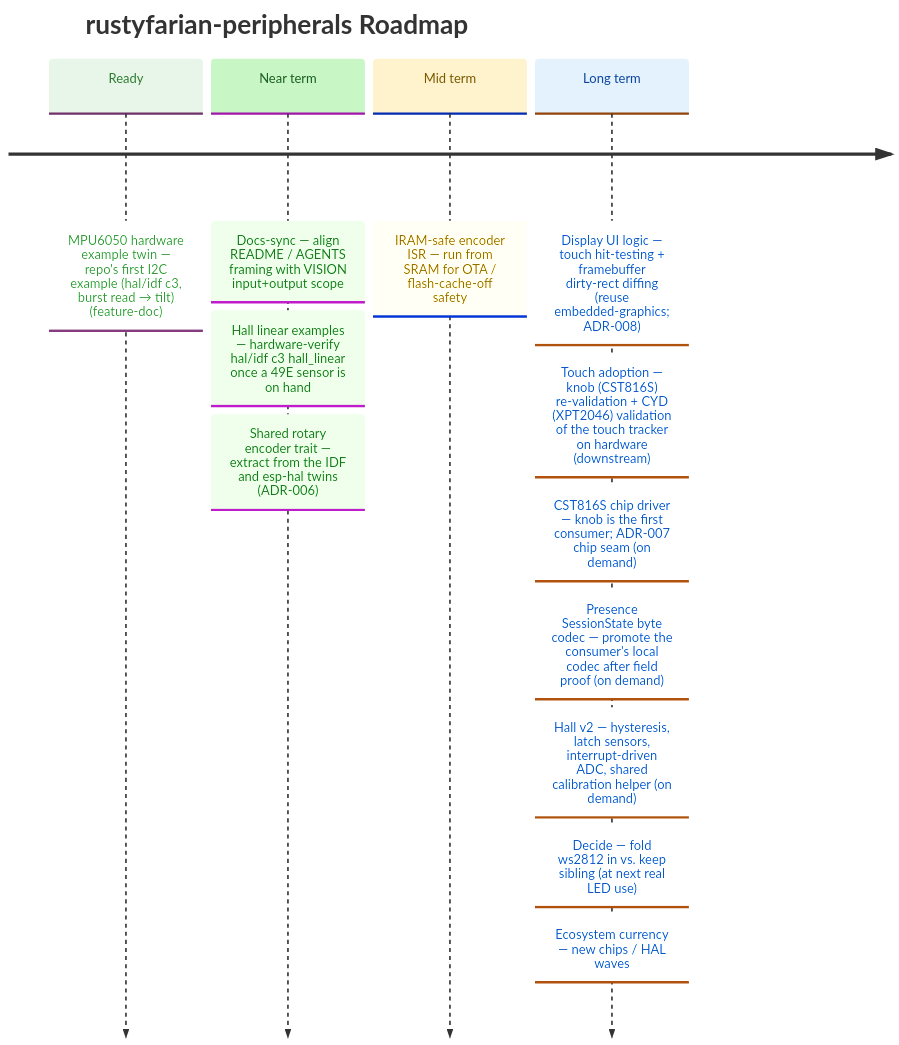
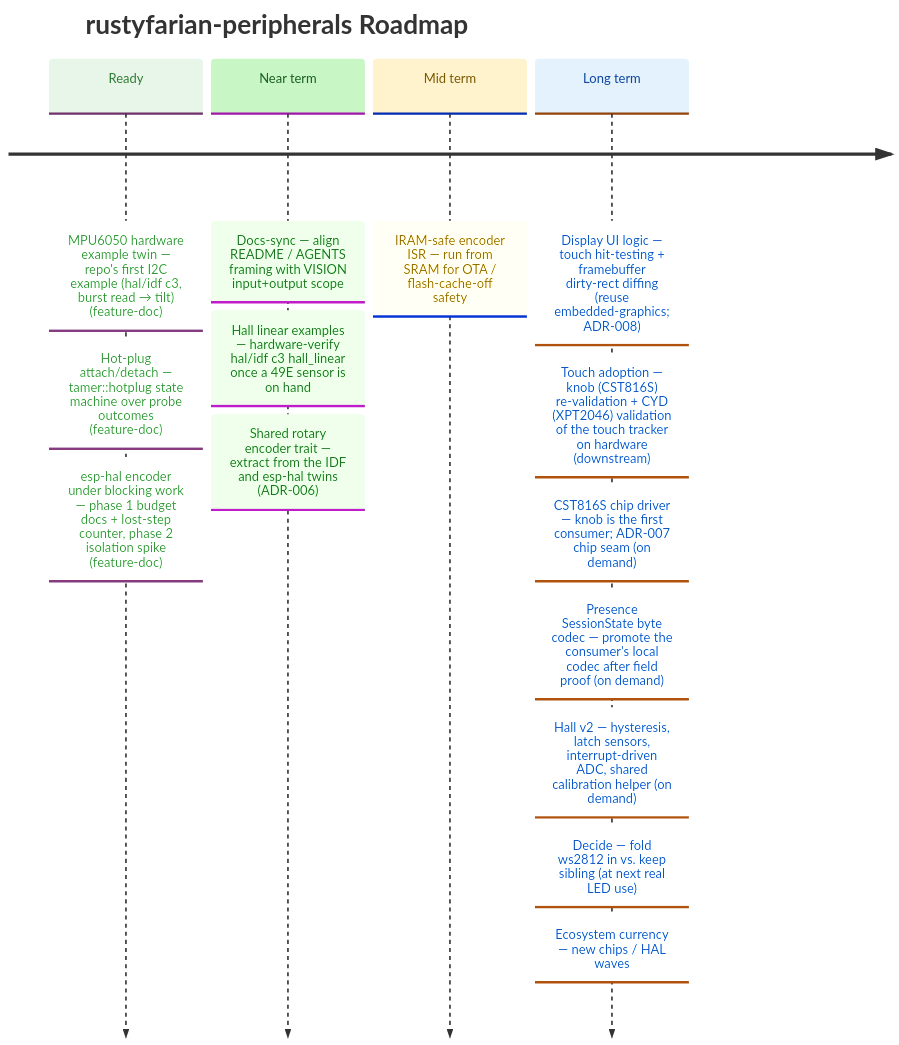
Before and after one commit to datenkollektiv/rustyfarian-peripherals: the diagram in docs/ROADMAP.md, drawn with Mermaid. The commit also changed other lines of this file and 3 other files, not shown here.

Commit message:
Add feature docs for tamer::hotplug and encoder-under-blocking-work

````diff
--- a/docs/ROADMAP.md
+++ b/docs/ROADMAP.md
@@ -10,34 +10,36 @@
 ```mermaid
 %%{init: {
   "theme": "base",
   "themeVariables": {
     "cScale0": "#e8f5e9",
     "cScaleLabel0": "#2e7d32",
     "cScale1": "#c8f7c5",
     "cScaleLabel1": "#1b5e20",
     "cScale2": "#fff3cd",
     "cScaleLabel2": "#7a5a00",
     "cScale3": "#e3f2fd",
     "cScaleLabel3": "#0d47a1"
   }
 }}%%
 
 timeline
     title rustyfarian-peripherals Roadmap
 
     Ready     : MPU6050 hardware example twin — repo's first I2C example (hal/idf c3, burst read → tilt) (feature-doc)
+              : Hot-plug attach/detach — tamer::hotplug state machine over probe outcomes (feature-doc)
+              : esp-hal encoder under blocking work — phase 1 budget docs + lost-step counter, phase 2 isolation spike (feature-doc)
 
     Near term : Docs-sync — align README / AGENTS framing with VISION input+output scope
               : Hall linear examples — hardware-verify hal/idf c3 hall_linear once a 49E sensor is on hand
               : Shared rotary encoder trait — extract from the IDF and esp-hal twins (ADR-006)
 
     Mid term  : IRAM-safe encoder ISR — run from SRAM for OTA / flash-cache-off safety
 
     Long term : Display UI logic — touch hit-testing + framebuffer dirty-rect diffing (reuse embedded-graphics; ADR-008)
               : Touch adoption — knob (CST816S) re-validation + CYD (XPT2046) validation of the touch tracker on hardware (downstream)
               : CST816S chip driver — knob is the first consumer; ADR-007 chip seam (on demand)
               : Presence SessionState byte codec — promote the consumer's local codec after field proof (on demand)
               : Hall v2 — hysteresis, latch sensors, interrupt-driven ADC, shared calibration helper (on demand)
               : Decide — fold ws2812 in vs. keep sibling (at next real LED use)
               : Ecosystem currency — new chips / HAL waves
 ```
````
